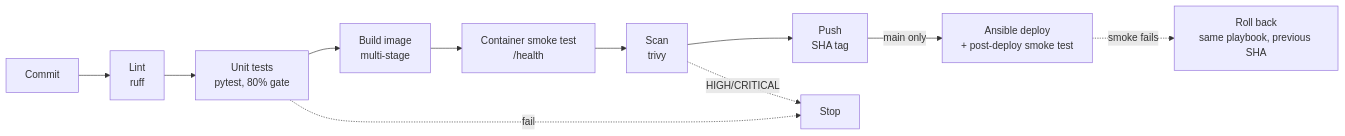
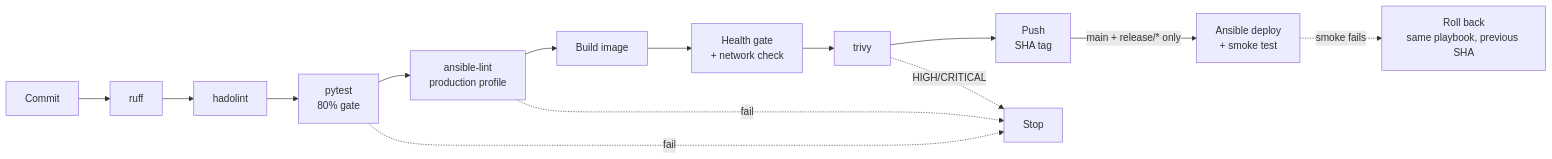
Before and after one commit to myloo23/MilanProjA-Szakdoga: the second of 2 diagrams in README.md, drawn with Mermaid. The commit also changed other lines of this file and 26 other files, not shown here.

````diff
--- a/README.md
+++ b/README.md
@@ -49,13 +51,16 @@
 ```mermaid
 flowchart LR
-    A[Commit] --> B[Lint<br/>ruff]
-    B --> C[Unit tests<br/>pytest, 80% gate]
-    C --> D[Build image<br/>multi-stage]
-    D --> S[Container smoke test<br/>/health]
-    S --> E[Scan<br/>trivy]
+    A[Commit] --> B[ruff]
+    B --> H[hadolint]
+    H --> C[pytest<br/>80% gate]
+    C --> AL[ansible-lint<br/>production profile]
+    AL --> D[Build image]
+    D --> S[Health gate<br/>+ network check]
+    S --> E[trivy]
     E --> F[Push<br/>SHA tag]
-    F -->|main only| G[Ansible deploy<br/>+ post-deploy smoke test]
+    F -->|main + release/* only| G[Ansible deploy<br/>+ smoke test]
     C -.fail.-> X[Stop]
+    AL -.fail.-> X
     E -.HIGH/CRITICAL.-> X
     G -.smoke fails.-> R[Roll back<br/>same playbook, previous SHA]
 ```
````
